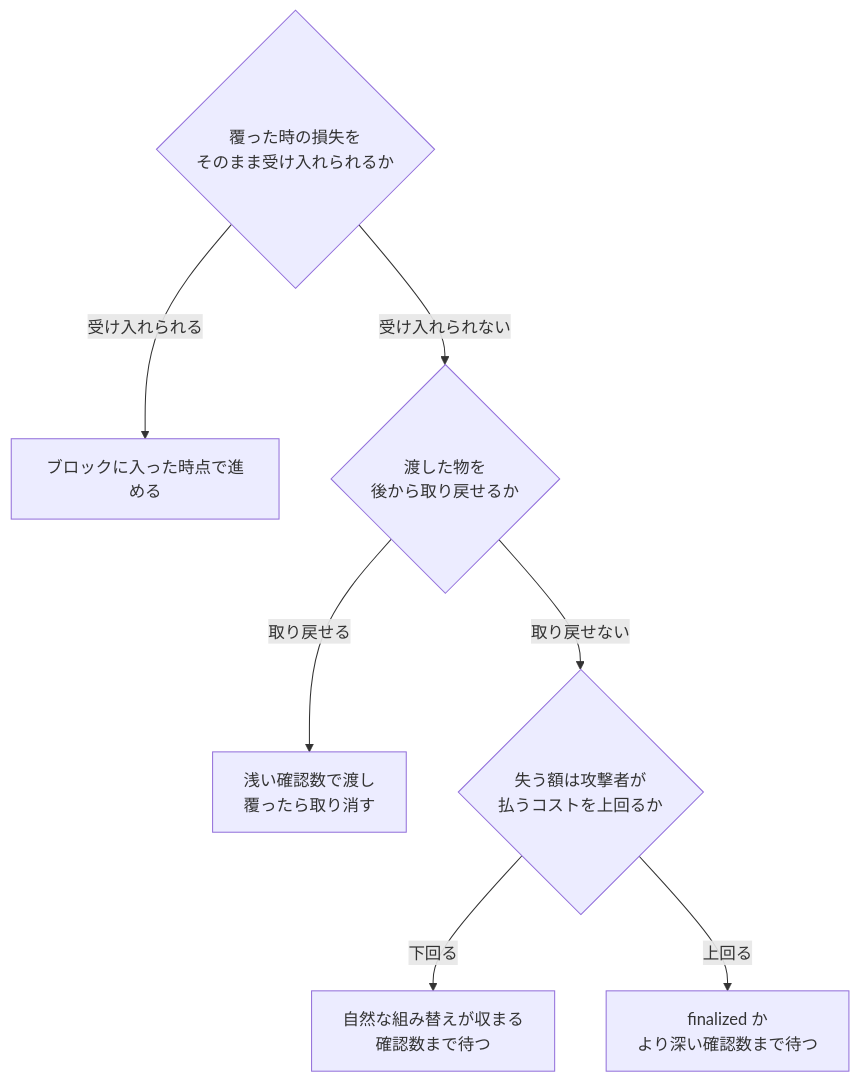
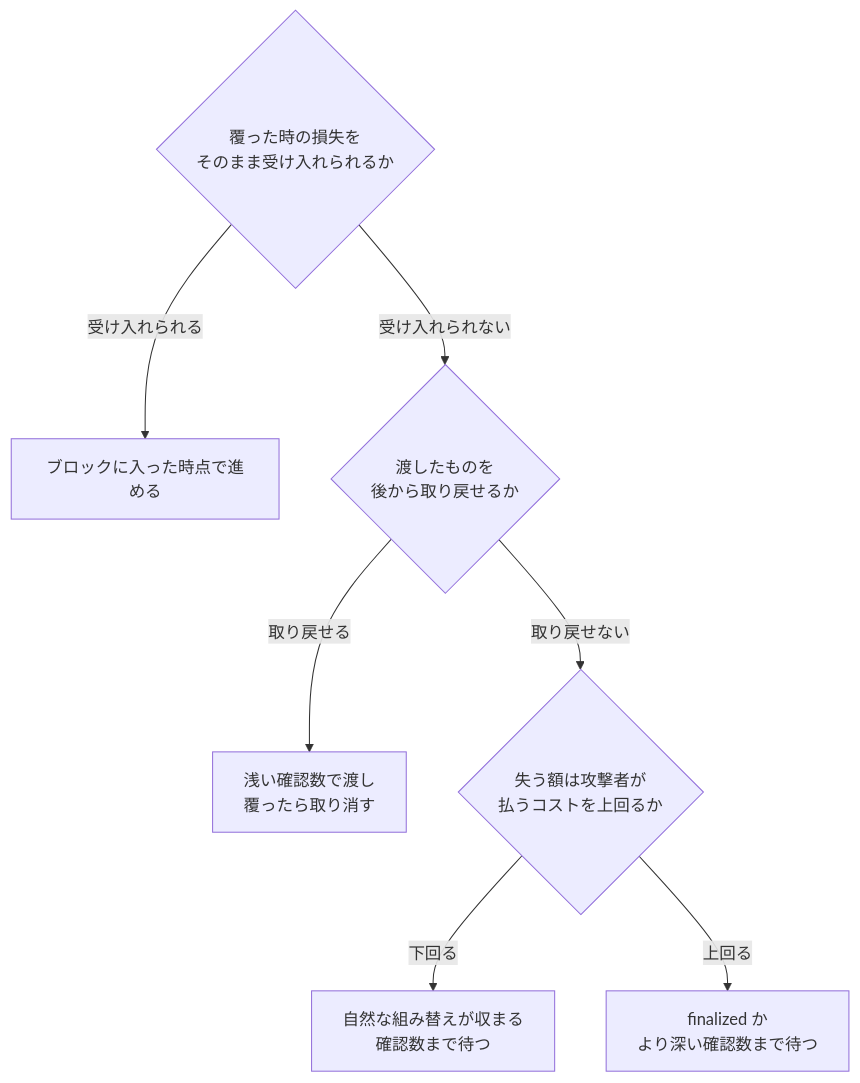
One commit to nao1215/debimate changed the eighth of 9 diagrams in content/notes/blockchain-systems/finality/index.md. Above: the diagram before and after it, drawn with Mermaid. The commit also changed other lines of this file and 56 other files, not shown here.

````diff
--- a/content/notes/blockchain-systems/finality/index.md
+++ b/content/notes/blockchain-systems/finality/index.md
@@ -201,9 +201,9 @@
 ```mermaid
 flowchart TD
     A{"覆った時の損失を<br/>そのまま受け入れられるか"} -->|"受け入れられる"| B["ブロックに入った時点で進める"]
-    A -->|"受け入れられない"| C{"渡した物を<br/>後から取り戻せるか"}
+    A -->|"受け入れられない"| C{"渡したものを<br/>後から取り戻せるか"}
     C -->|"取り戻せる"| D["浅い確認数で渡し<br/>覆ったら取り消す"]
     C -->|"取り戻せない"| E{"失う額は攻撃者が<br/>払うコストを上回るか"}
     E -->|"下回る"| F["自然な組み替えが収まる<br/>確認数まで待つ"]
     E -->|"上回る"| G["finalized か<br/>より深い確認数まで待つ"]
 ```
````
